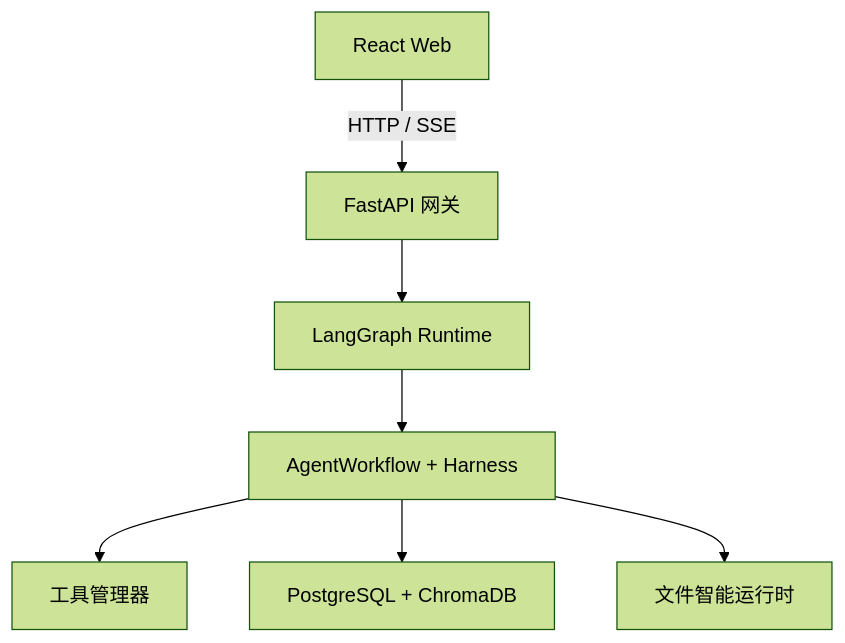
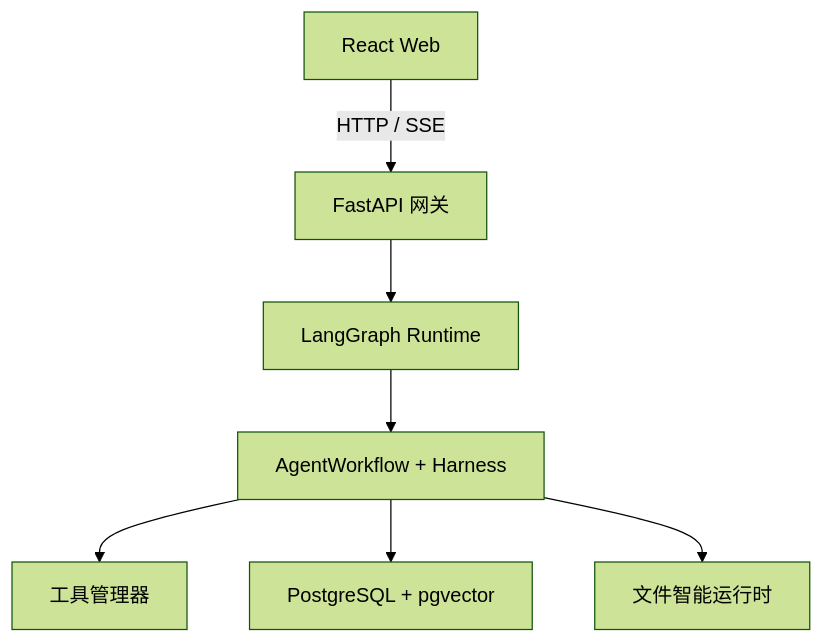
One commit to doubleu8190/Athena changed the diagram in README.md. Above: the diagram before and after it, drawn with Mermaid (forest theme). The commit also changed other lines of this file and 31 other files, not shown here.

First line of the commit message:
Refactor embedding infrastructure to use PostgreSQL pgvector

````diff
--- a/README.md
+++ b/README.md
@@ -18,17 +18,17 @@
 ```mermaid
 flowchart TB
     UI[React Web]
     API[FastAPI 网关]
     Agent[AgentWorkflow + Harness]
     Tools[工具管理器]
-    Storage[PostgreSQL + ChromaDB]
+    Storage[PostgreSQL + pgvector]
     Files[文件智能运行时]
     Runtime[LangGraph Runtime]
 
     UI -->|HTTP / SSE| API
     API --> Runtime
     Runtime --> Agent
     Agent --> Tools
     Agent --> Storage
     Agent --> Files
 ```
````
